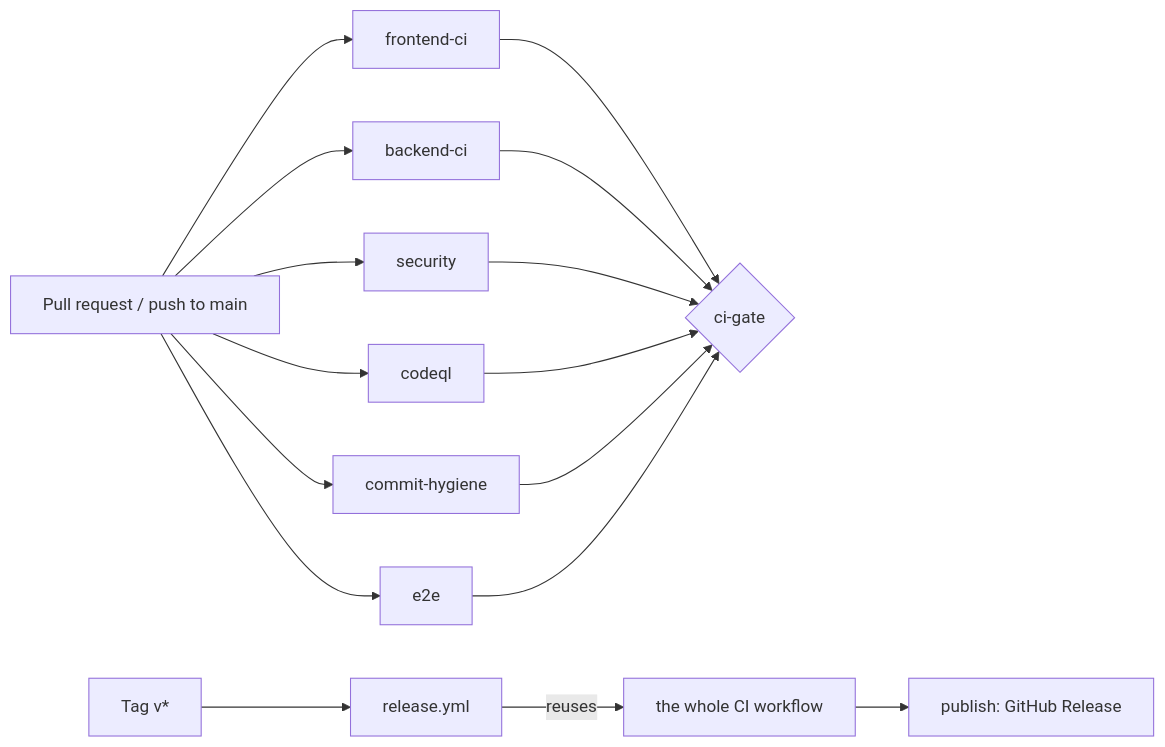
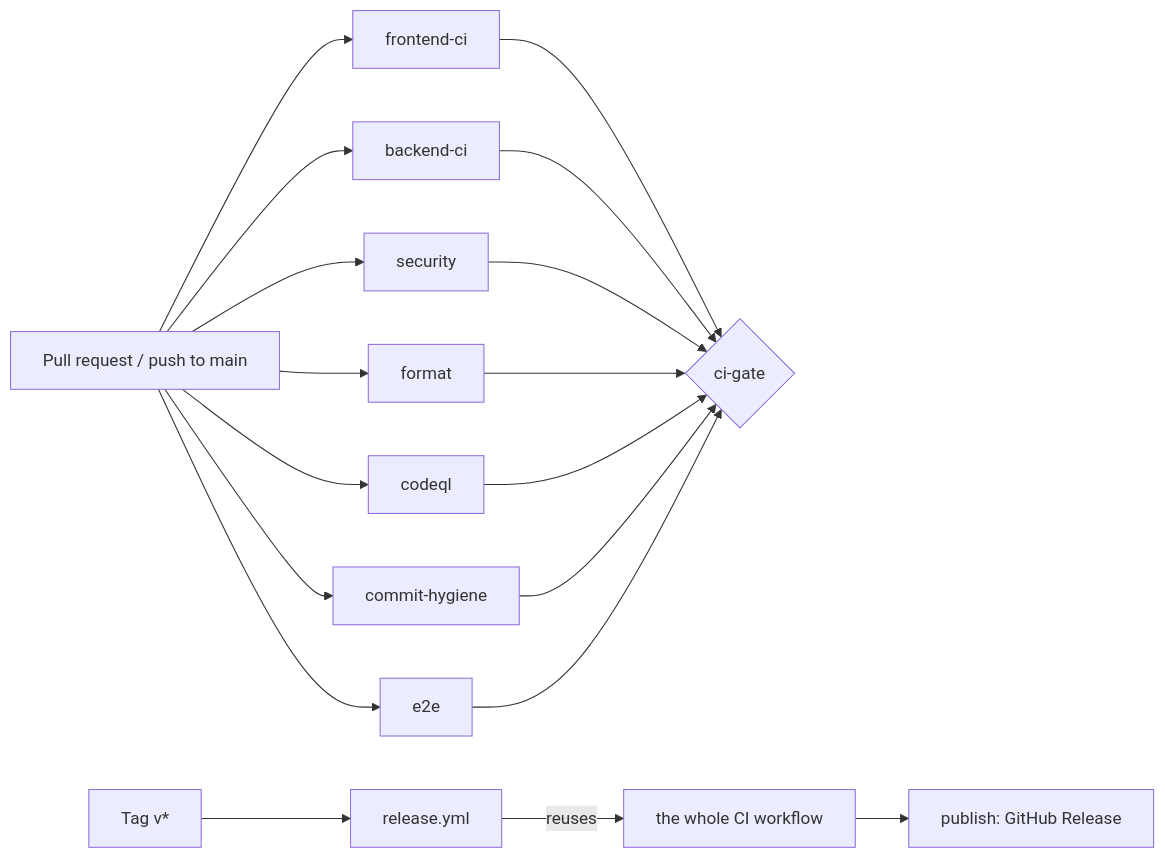
Before and after one commit to Xitiz-01/Park-Smart: the diagram in docs/platform/CI_CD.md, drawn with Mermaid. The commit also changed other lines of this file and 7 other files, not shown here.

````diff
--- a/docs/platform/CI_CD.md
+++ b/docs/platform/CI_CD.md
@@ -7,18 +7,20 @@
 ```mermaid
 flowchart LR
   pr[Pull request / push to main] --> fe[frontend-ci]
   pr --> be[backend-ci]
   pr --> sec[security]
+  pr --> fmt[format]
   pr --> cq[codeql]
   pr --> ch[commit-hygiene]
   pr --> e2e[e2e]
   fe --> gate{ci-gate}
   be --> gate
   sec --> gate
+  fmt --> gate
   cq --> gate
   ch --> gate
   e2e --> gate
   tag[Tag v*] --> rel[release.yml]
   rel -->|reuses| ci[the whole CI workflow]
   ci --> pub[publish: GitHub Release]
 ```
````
